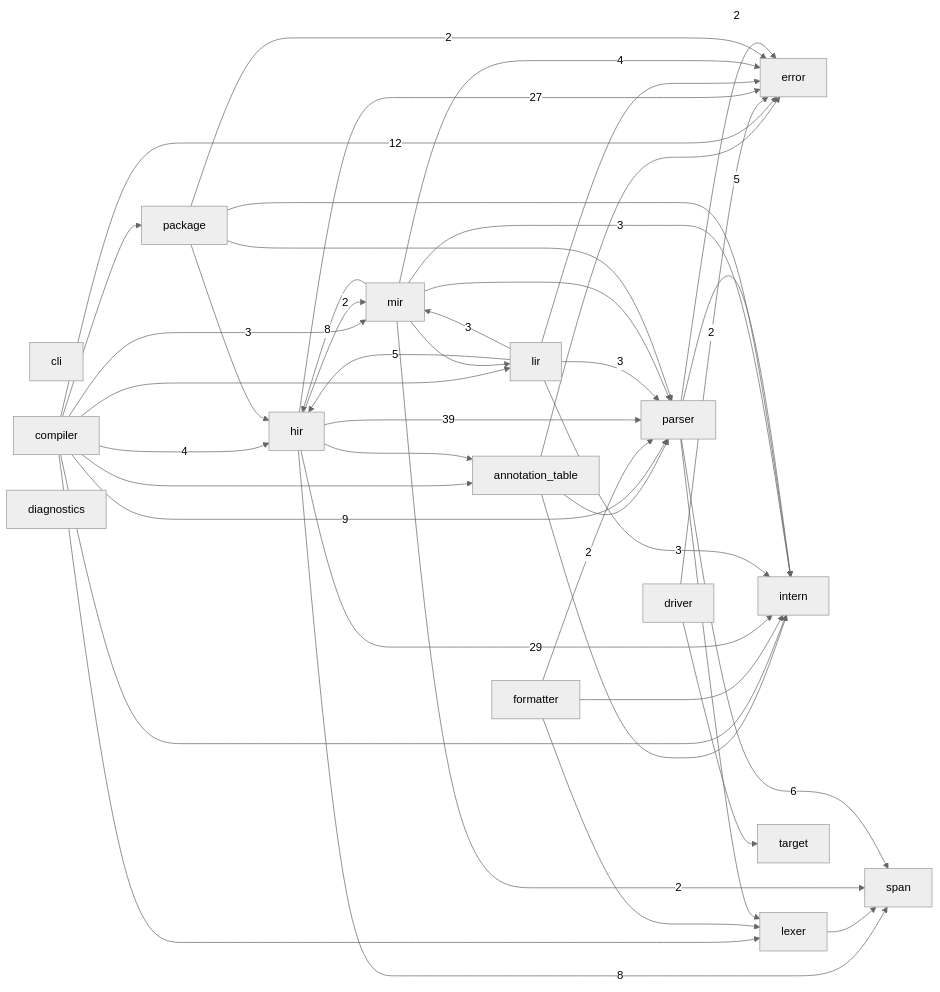
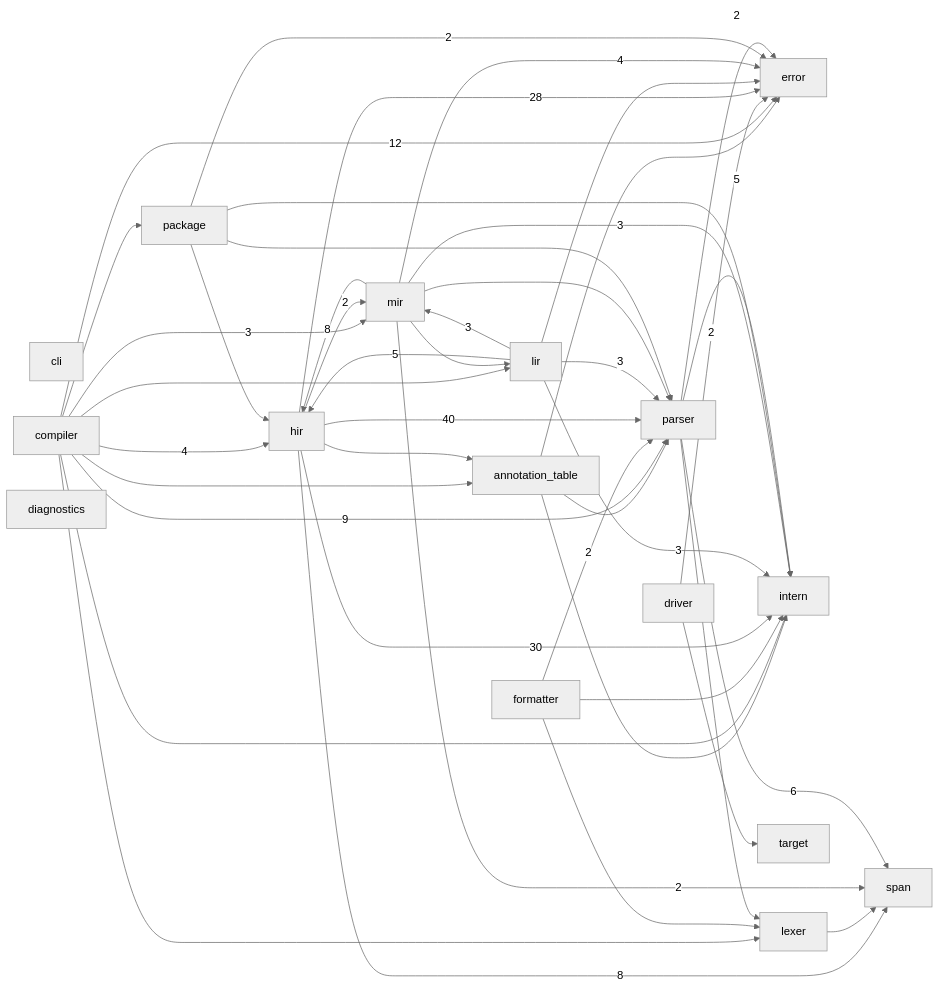
The diagram in docs/module-graph.md (ayanami1ei/Ayanami-language), drawn with Mermaid (neutral theme) before and after one commit. The commit also changed other lines of this file and 7 other files, not shown here.

````diff
--- a/docs/module-graph.md
+++ b/docs/module-graph.md
@@ -6,62 +6,62 @@
 ```mermaid
 graph LR
     annotation_table
     cli
     compiler
     diagnostics
     driver
     error
     formatter
     hir
     intern
     lexer
     lir
     mir
     package
     parser
     span
     target
     annotation_table --> error
     annotation_table --> intern
     annotation_table --> parser
     compiler --> annotation_table
     compiler -->|12| error
     compiler -->|4| hir
     compiler --> intern
     compiler --> lexer
     compiler --> lir
     compiler -->|3| mir
     compiler --> package
     compiler -->|9| parser
     driver -->|2| error
     driver --> target
     formatter --> intern
     formatter --> lexer
     formatter -->|2| parser
     hir --> annotation_table
-    hir -->|27| error
-    hir -->|29| intern
+    hir -->|28| error
+    hir -->|30| intern
     hir -->|2| mir
-    hir -->|39| parser
+    hir -->|40| parser
     hir -->|8| span
     lexer --> span
     lir --> error
     lir -->|5| hir
     lir -->|3| intern
     lir -->|3| mir
     lir -->|3| parser
     mir -->|4| error
     mir -->|8| hir
     mir -->|3| intern
     mir --> lir
     mir --> parser
     mir -->|2| span
     package -->|2| error
     package --> hir
     package --> intern
     package --> parser
     parser -->|2| error
     parser -->|5| intern
     parser --> lexer
     parser -->|6| span
 ```
````
